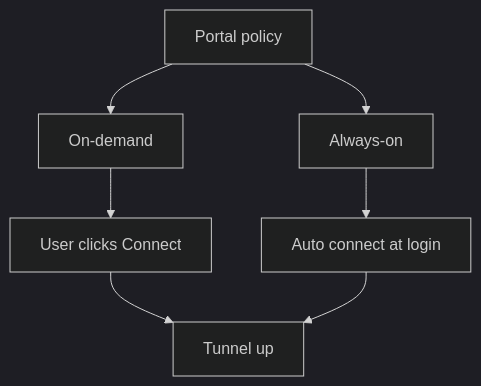
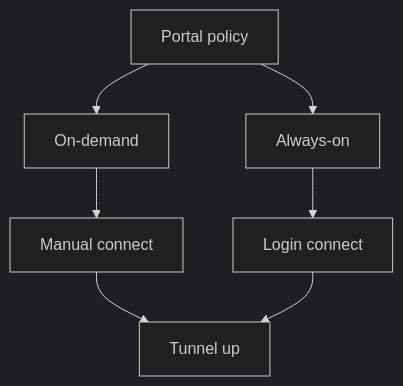
One commit to roto31/Tunnel-Monitor---Universal changed the second of 4 diagrams in docs/vpn-solutions/palo-alto-globalprotect.md. Above: the diagram before and after it, drawn with Mermaid (dark theme). The commit also changed other lines of this file and 22 other files, not shown here.

````diff
--- a/docs/vpn-solutions/palo-alto-globalprotect.md
+++ b/docs/vpn-solutions/palo-alto-globalprotect.md
@@ -47,9 +33,9 @@
 ```mermaid
 flowchart TD
     POL[Portal policy] --> OND[On-demand]
     POL --> AON[Always-on]
-    OND --> USER[User clicks Connect]
-    AON --> AUTO[Auto connect at login]
-    USER --> TUN[Tunnel up]
-    AUTO --> TUN
+    OND --> USER[Manual connect]
+    AON --> AUTO[Login connect]
+    USER --> UP[Tunnel up]
+    AUTO --> UP
 ```
````
